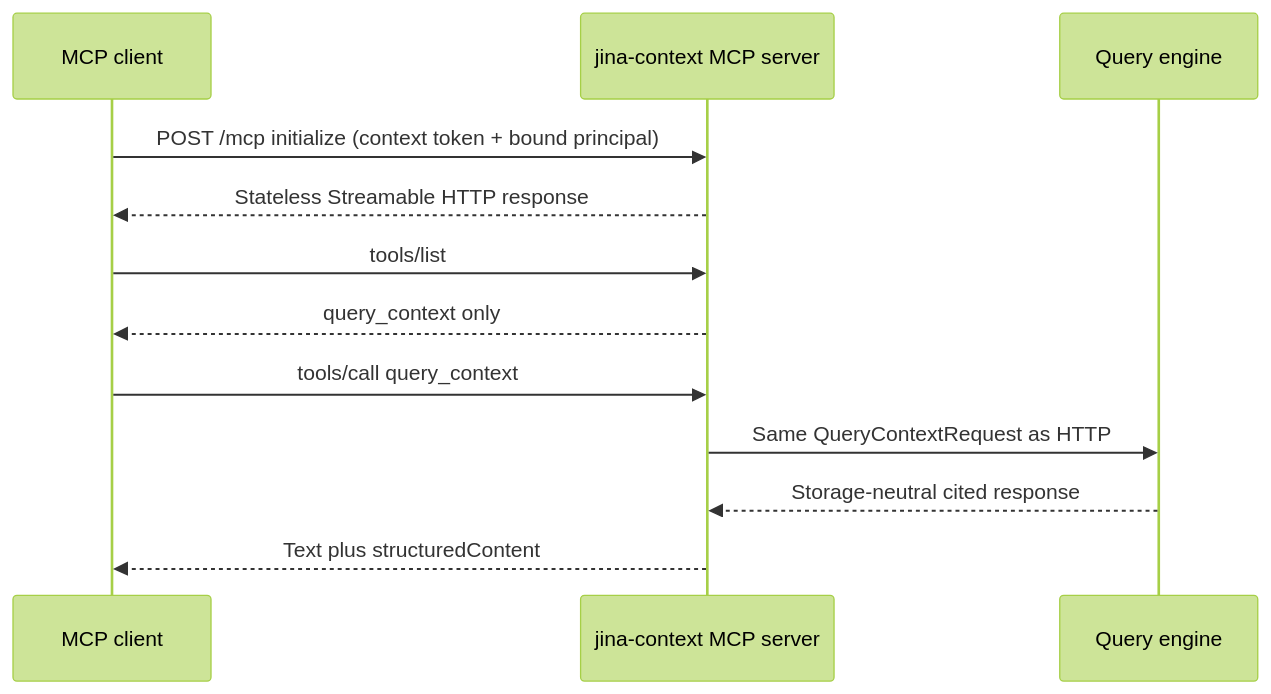
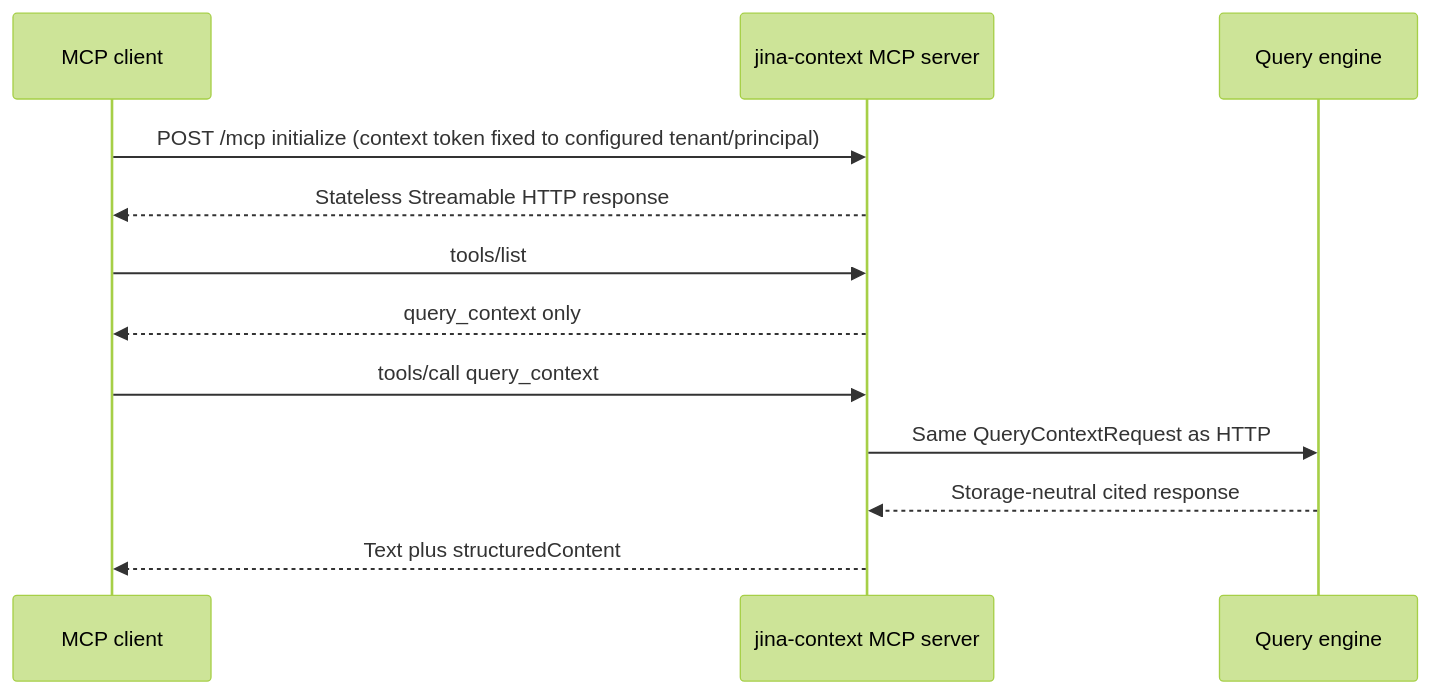
One commit to keon/jina-context-wiki-e2e-20260808 changed the sixth of 9 diagrams in docs/SEQUENCE_DIAGRAM.md. Above: the diagram before and after it, drawn with Mermaid (forest theme). The commit also changed other lines of this file and 43 other files, not shown here.

````diff
--- a/docs/SEQUENCE_DIAGRAM.md
+++ b/docs/SEQUENCE_DIAGRAM.md
@@ -154,15 +165,15 @@
 ```mermaid
 sequenceDiagram
     participant MC as MCP client
     participant API as jina-context MCP server
     participant QE as Query engine
 
-    MC->>API: POST /mcp initialize (context token + bound principal)
+    MC->>API: POST /mcp initialize (context token fixed to configured tenant/principal)
     API-->>MC: Stateless Streamable HTTP response
     MC->>API: tools/list
     API-->>MC: query_context only
     MC->>API: tools/call query_context
     API->>QE: Same QueryContextRequest as HTTP
     QE-->>API: Storage-neutral cited response
     API-->>MC: Text plus structuredContent
 ```
````
